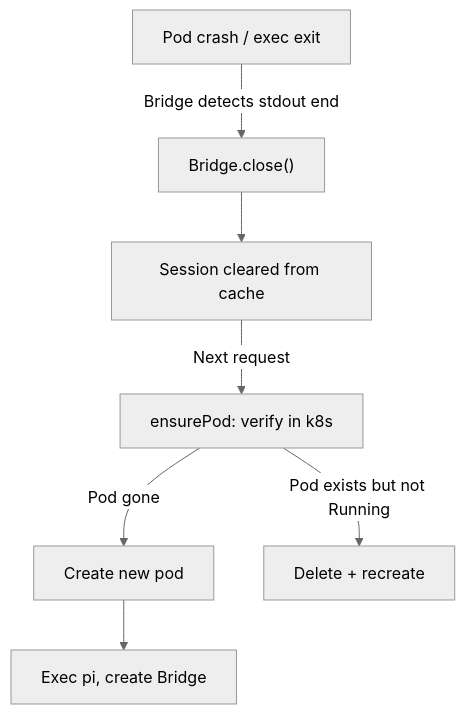
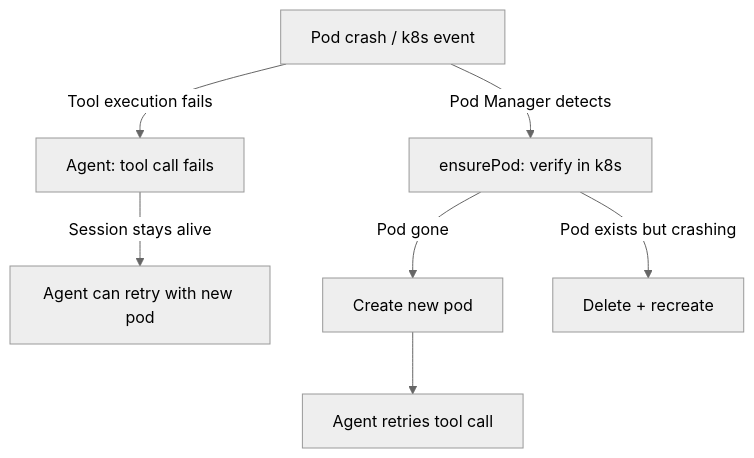
The third of 3 diagrams in docs/architecture/websocket-sessions.md (sigilmakes/goldilocks-app), drawn with Mermaid (neutral theme) before and after one commit. The commit also changed other lines of this file and 7 other files, not shown here.

First line of the commit message:
docs: rewrite architecture docs for agent-service topology

````diff
--- a/docs/architecture/websocket-sessions.md
+++ b/docs/architecture/websocket-sessions.md
@@ -63,9 +71,9 @@
 ```mermaid
 graph TD
-    Fail["Pod crash / exec exit"] -->|"Bridge detects stdout end"| Close["Bridge.close()"]
-    Close --> Clear["Session cleared from cache"]
-    Clear -->|"Next request"| Verify["ensurePod: verify in k8s"]
+    Fail["Pod crash / k8s event"] -->|"Tool execution fails"| ToolErr["Agent: tool call fails"]
+    ToolErr -->|"Session stays alive"| Recover["Agent can retry with new pod"]
+    Fail -->|"Pod Manager detects"| Verify["ensurePod: verify in k8s"]
     Verify -->|"Pod gone"| Recreate["Create new pod"]
-    Verify -->|"Pod exists but not Running"| Delete["Delete + recreate"]
-    Recreate --> Connect["Exec pi, create Bridge"]
+    Verify -->|"Pod exists but crashing"| Delete["Delete + recreate"]
+    Recreate --> ToolRetry["Agent retries tool call"]
 ```
````
